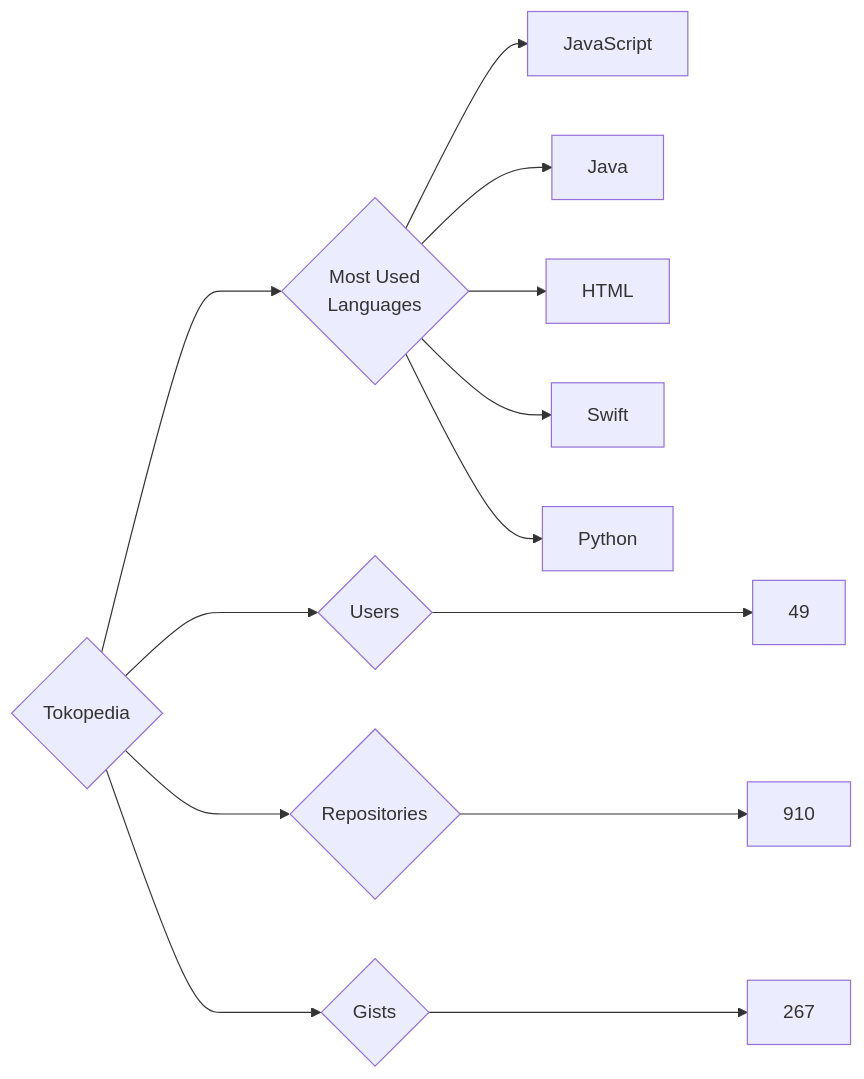
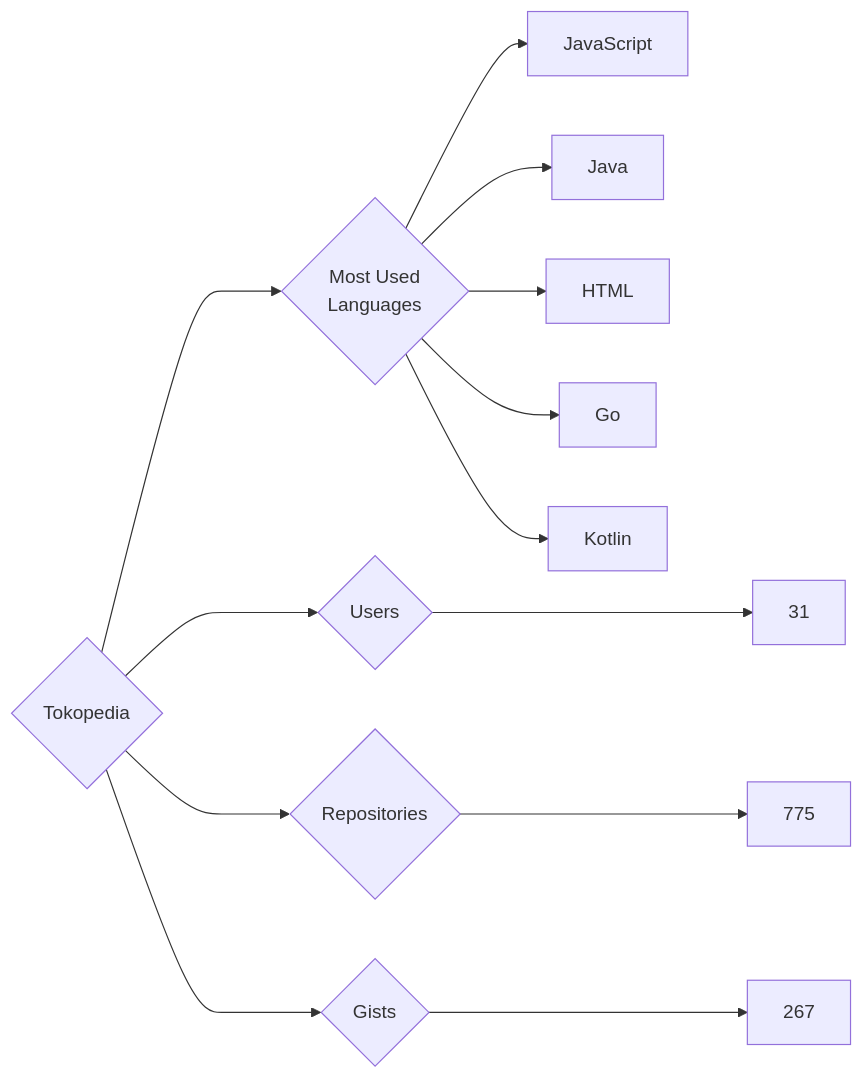
One commit to trickest/insiders changed the diagram in targets/Tokopedia/README.md. Above: the diagram before and after it, drawn with Mermaid. The commit also changed 895 other files, not shown here.

````diff
--- a/targets/Tokopedia/README.md
+++ b/targets/Tokopedia/README.md
@@ -3,13 +3,13 @@
 ```mermaid
 graph LR
 COMPANY_NAME{Tokopedia}
-COMPANY_NAME ---> U{Users} ---> UN[49]
-COMPANY_NAME ---> R{Repositories} ---> RN[910]
+COMPANY_NAME ---> U{Users} ---> UN[31]
+COMPANY_NAME ---> R{Repositories} ---> RN[775]
 COMPANY_NAME ---> G{Gists} ---> GN[267]
 COMPANY_NAME ---> ML{Most Used<br>Languages}
 ML --> JavaScript[JavaScript]
 ML --> Java[Java]
 ML --> HTML[HTML]
-ML --> Swift[Swift]
-ML --> Python[Python]
+ML --> Go[Go]
+ML --> Kotlin[Kotlin]
 ```
````
